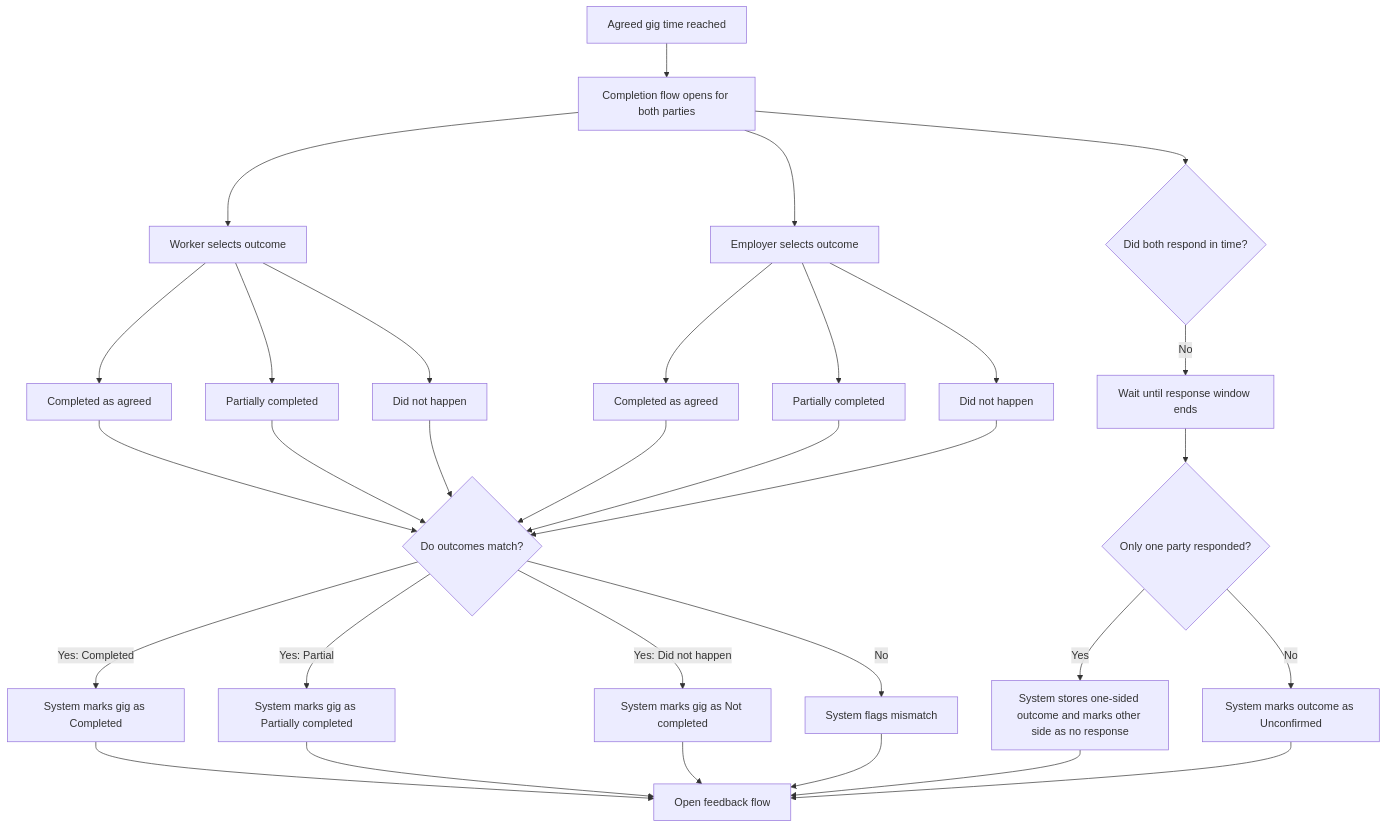
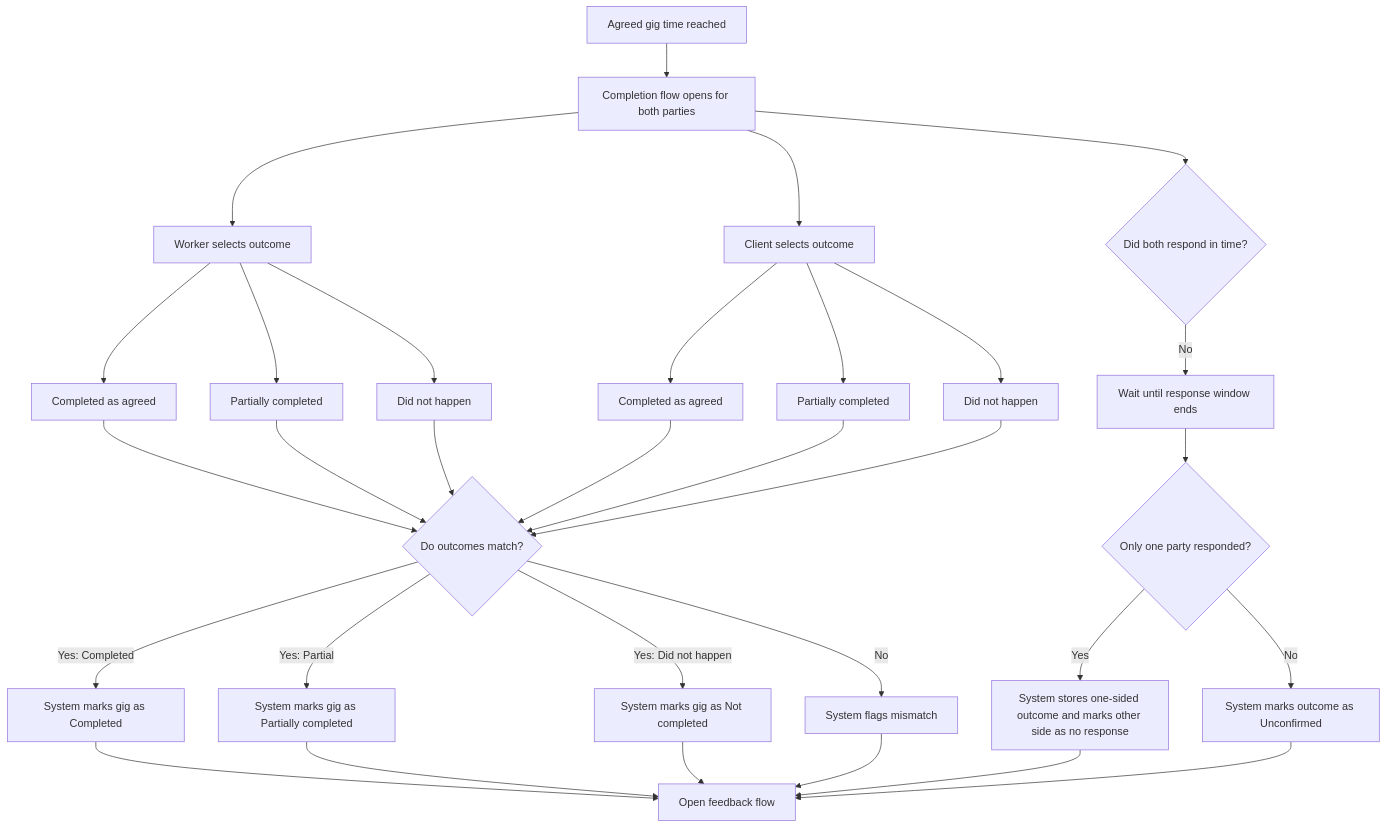
One commit to janiluuk/giggi changed the diagram in docs/journeys/gig-completion.md. Above: the diagram before and after it, drawn with Mermaid. The commit also changed other lines of this file and 13 other files, not shown here.

````diff
--- a/docs/journeys/gig-completion.md
+++ b/docs/journeys/gig-completion.md
@@ -5,40 +5,40 @@
 ```mermaid
 flowchart TD
     A[Agreed gig time reached] --> B[Completion flow opens for both parties]
 
     B --> C[Worker selects outcome]
-    B --> D[Employer selects outcome]
+    B --> D[Client selects outcome]
 
     C --> C1[Completed as agreed]
     C --> C2[Partially completed]
     C --> C3[Did not happen]
 
     D --> D1[Completed as agreed]
     D --> D2[Partially completed]
     D --> D3[Did not happen]
 
     C1 --> E{Do outcomes match?}
     C2 --> E
     C3 --> E
     D1 --> E
     D2 --> E
     D3 --> E
 
     E -->|Yes: Completed| F[System marks gig as Completed]
     E -->|Yes: Partial| G[System marks gig as Partially completed]
     E -->|Yes: Did not happen| H[System marks gig as Not completed]
     E -->|No| I[System flags mismatch]
 
     B --> J{Did both respond in time?}
     J -->|No| K[Wait until response window ends]
     K --> L{Only one party responded?}
     L -->|Yes| M[System stores one-sided outcome and marks other side as no response]
     L -->|No| N[System marks outcome as Unconfirmed]
 
     F --> O[Open feedback flow]
     G --> O
     H --> O
     I --> O
     M --> O
     N --> O
 ```
````
